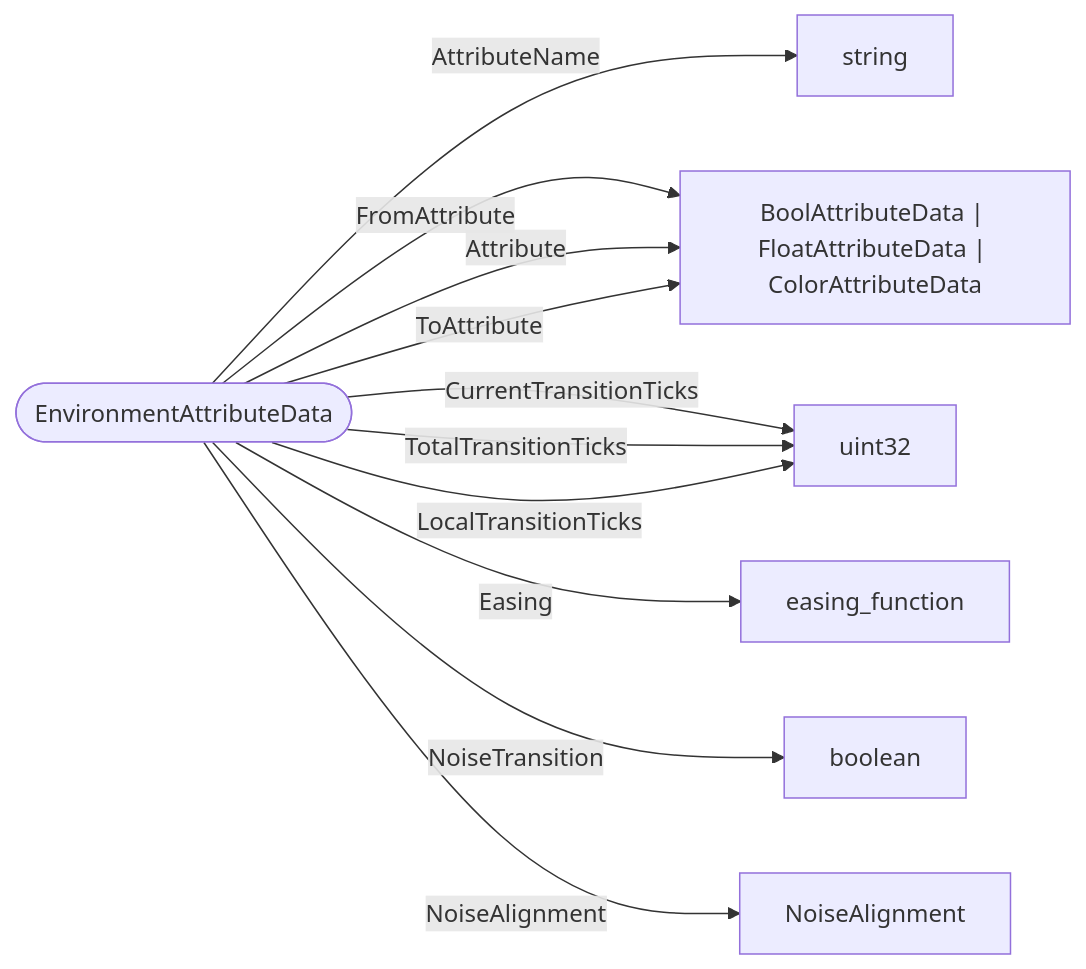
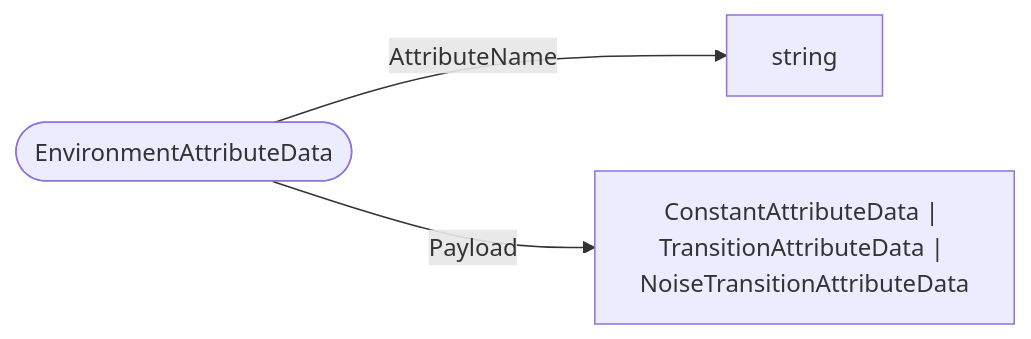
Before and after one commit to bedrock-v/protocol-docs: the diagram in schemas/types/EnvironmentAttributeData.md, drawn with Mermaid. The commit also changed 77 other files, not shown here.

````diff
--- a/schemas/types/EnvironmentAttributeData.md
+++ b/schemas/types/EnvironmentAttributeData.md
@@ -5,14 +5,6 @@
 ```mermaid
 flowchart LR
   ROOT(["EnvironmentAttributeData"])
   ROOT -->|"AttributeName"| string["string"]
-  ROOT -->|"FromAttribute"| BoolAttributeData___FloatAttributeData___ColorAttributeData["BoolAttributeData | FloatAttributeData | ColorAttributeData"]
-  ROOT -->|"Attribute"| BoolAttributeData___FloatAttributeData___ColorAttributeData["BoolAttributeData | FloatAttributeData | ColorAttributeData"]
-  ROOT -->|"ToAttribute"| BoolAttributeData___FloatAttributeData___ColorAttributeData["BoolAttributeData | FloatAttributeData | ColorAttributeData"]
-  ROOT -->|"CurrentTransitionTicks"| uint32["uint32"]
-  ROOT -->|"TotalTransitionTicks"| uint32["uint32"]
-  ROOT -->|"Easing"| easing_function["easing_function"]
-  ROOT -->|"LocalTransitionTicks"| uint32["uint32"]
-  ROOT -->|"NoiseTransition"| boolean["boolean"]
-  ROOT -->|"NoiseAlignment"| NoiseAlignment["NoiseAlignment"]
+  ROOT -->|"Payload"| ConstantAttributeData___TransitionAttributeData___NoiseTransitionAttributeData["ConstantAttributeData | TransitionAttributeData | NoiseTransitionAttributeData"]
 ```
````
